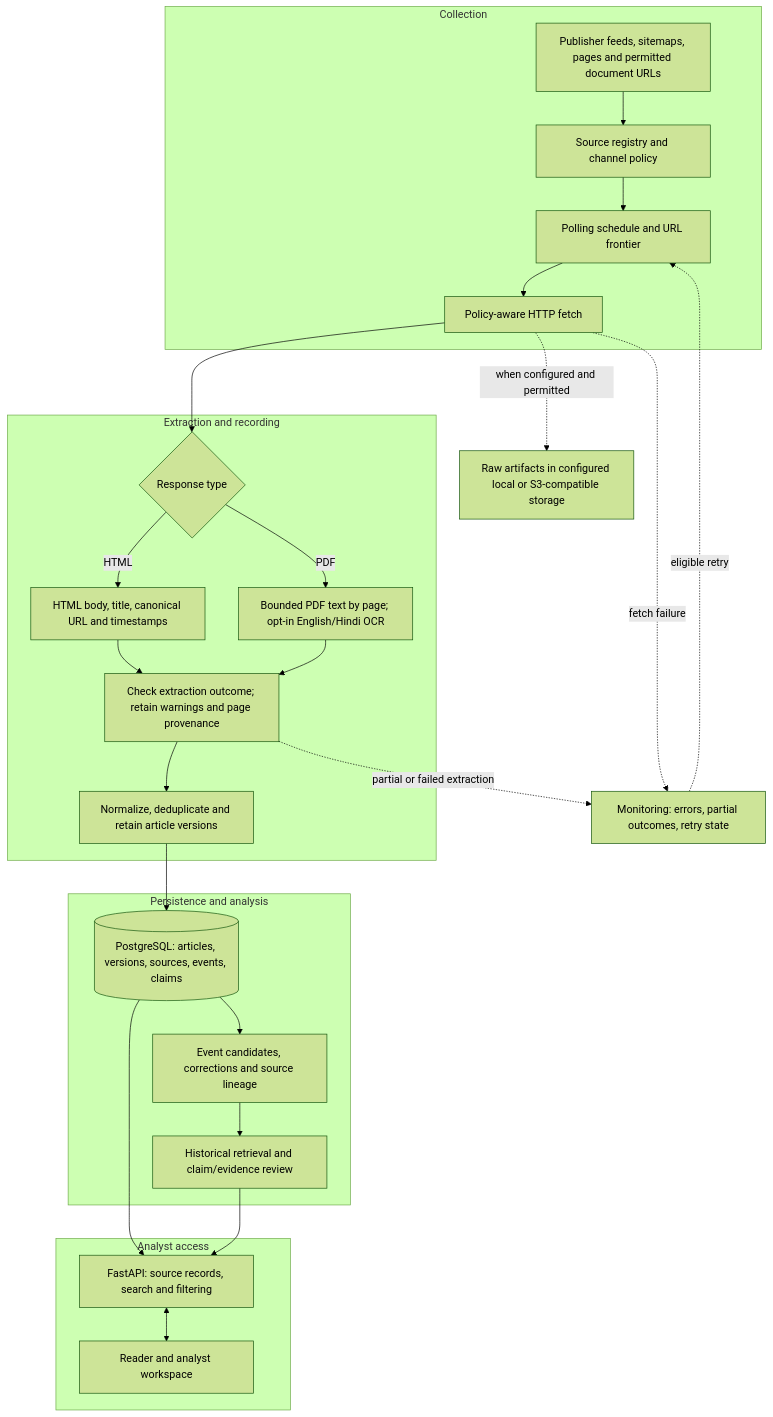
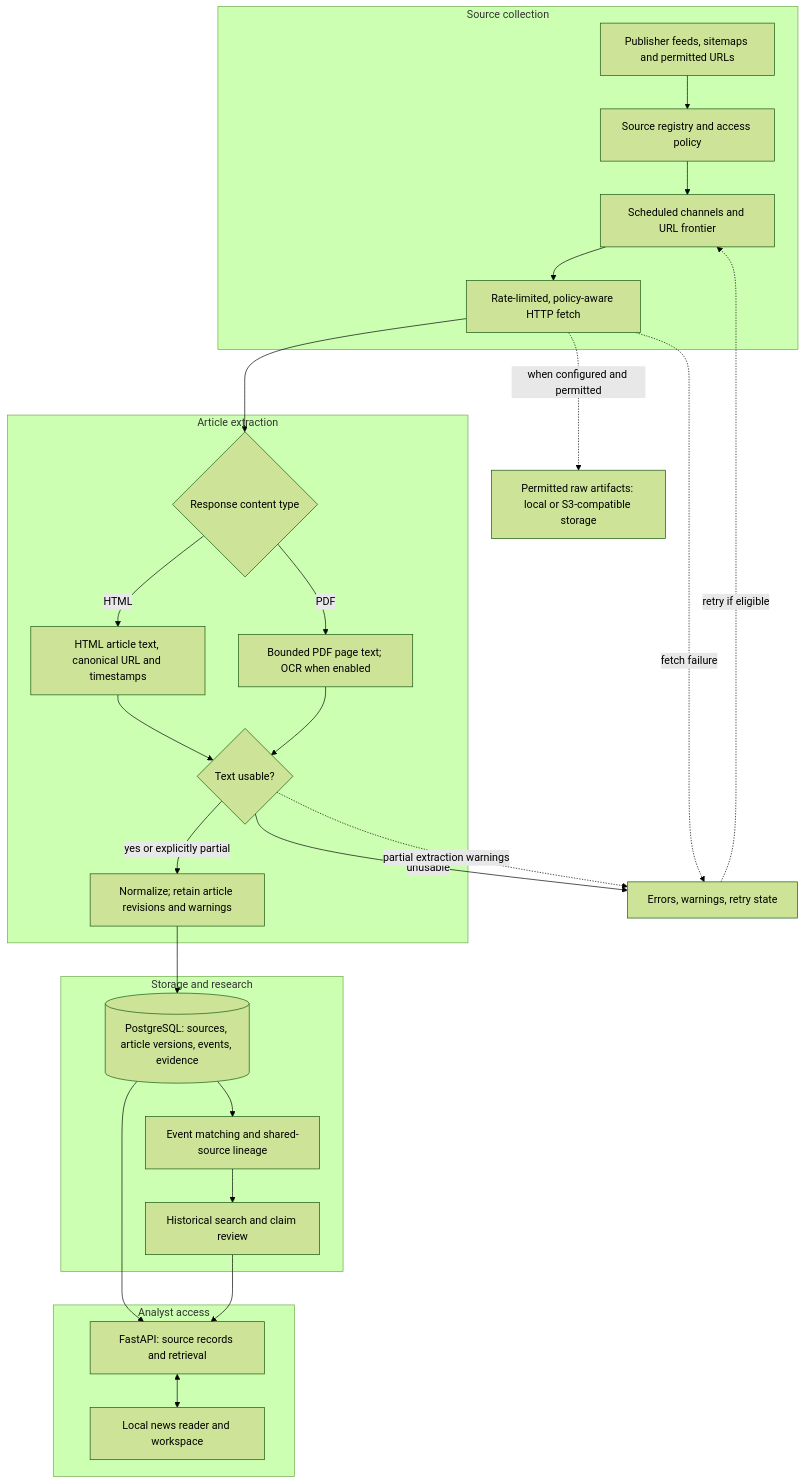
The diagram in docs/PIPELINE_OVERVIEW.md (himanshu051116/NewsSources), drawn with Mermaid (forest theme) before and after one commit. The commit also changed 6 other files, not shown here.

Commit message:
docs: map implemented architecture and tighten README onboarding

````diff
--- a/docs/PIPELINE_OVERVIEW.md
+++ b/docs/PIPELINE_OVERVIEW.md
@@ -7,45 +7,42 @@
 ```mermaid
 flowchart TB
-    subgraph Acquisition["Collection"]
-      S["Publisher feeds, sitemaps, pages and permitted document URLs"]
-      R["Source registry and channel policy"]
-      Q["Polling schedule and URL frontier"]
-      FETCH["Policy-aware HTTP fetch"]
-      S --> R --> Q --> FETCH
+    subgraph Acquisition["Source collection"]
+        SRC["Publisher feeds, sitemaps and permitted URLs"]
+        REG["Source registry and access policy"]
+        JOB["Scheduled channels and URL frontier"]
+        FETCH["Rate-limited, policy-aware HTTP fetch"]
+        SRC --> REG --> JOB --> FETCH
     end
-
-    subgraph Extraction["Extraction and recording"]
-      FMT{"Response type"}
-      HTML["HTML body, title, canonical URL and timestamps"]
-      PDF["Bounded PDF text by page; opt-in English/Hindi OCR"]
-      VAL["Check extraction outcome; retain warnings and page provenance"]
-      NORM["Normalize, deduplicate and retain article versions"]
-      FETCH --> FMT
-      FMT -->|HTML| HTML --> VAL
-      FMT -->|PDF| PDF --> VAL
-      VAL --> NORM
+    subgraph Extraction["Article extraction"]
+        TYPE{"Response content type"}
+        HTML["HTML article text, canonical URL and timestamps"]
+        PDF["Bounded PDF page text; OCR when enabled"]
+        GATE{"Text usable?"}
+        NORM["Normalize; retain article revisions and warnings"]
+        FETCH --> TYPE
+        TYPE -->|HTML| HTML --> GATE
+        TYPE -->|PDF| PDF --> GATE
+        GATE -->|yes or explicitly partial| NORM
     end
-
-    subgraph Research["Persistence and analysis"]
-      DB[("PostgreSQL: articles, versions, sources, events, claims")]
-      EVENT["Event candidates, corrections and source lineage"]
-      HIST["Historical retrieval and claim/evidence review"]
-      NORM --> DB
-      DB --> EVENT --> HIST
+    subgraph Records["Storage and research"]
+        PG[("PostgreSQL: sources, article versions, events, evidence")]
+        EVENT["Event matching and shared-source lineage"]
+        HISTORY["Historical search and claim review"]
+        NORM --> PG
+        PG --> EVENT --> HISTORY
     end
-
-    subgraph Access["Analyst access"]
-      API["FastAPI: source records, search and filtering"]
-      UI["Reader and analyst workspace"]
-      DB --> API
-      HIST --> API
-      API <--> UI
+    subgraph Serving["Analyst access"]
+        API["FastAPI: source records and retrieval"]
+        UI["Local news reader and workspace"]
+        PG --> API
+        HISTORY --> API
+        API <--> UI
     end
-
-    ERR["Monitoring: errors, partial outcomes, retry state"]
-    ART["Raw artifacts in configured local or S3-compatible storage"]
-    FETCH -.->|fetch failure| ERR
-    VAL -.->|partial or failed extraction| ERR
-    ERR -.->|eligible retry| Q
-    FETCH -.->|when configured and permitted| ART
+    WARN["Errors, warnings, retry state"]
+    RAW["Permitted raw artifacts: local or S3-compatible storage"]
+    FETCH -.->|fetch failure| WARN
+    GATE -->|unusable| WARN
+    GATE -.->|partial extraction warnings| WARN
+    WARN -.->|retry if eligible| JOB
+    FETCH -.->|when configured and permitted| RAW
 ```
````
